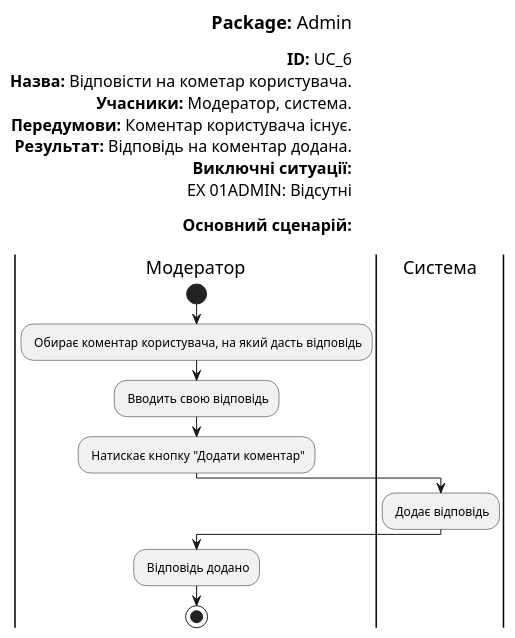
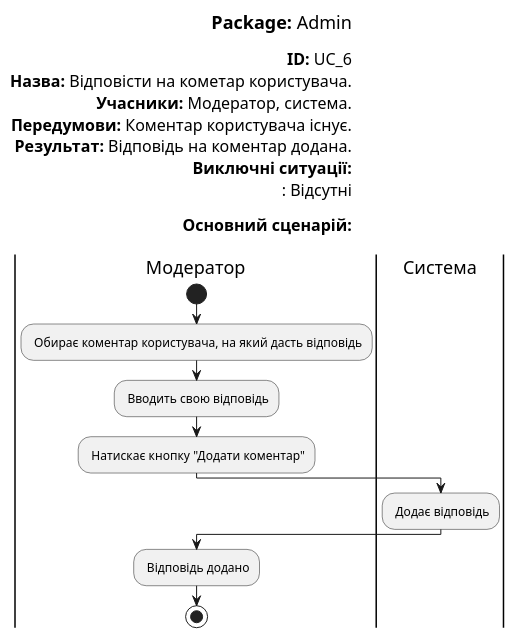
Before and after one commit to KarmazinN/db_open_data: the diagram in src/uml/UC_6.puml, drawn with PlantUML.

```diff
--- a/src/uml/UC_6.puml
+++ b/src/uml/UC_6.puml
@@ -1,44 +1,44 @@
 @startuml
 skinparam ArchimateBackgroundColor #ffffff
 skinparam	shadowing false
 skinparam Note {
 	BackgroundColor #f85658
 	FontColor #ffffff
 }
 
 left header
 <font color=000 size=18><b>Package:</b> Admin
 
 <font color=000 size=16><b>ID:</b> UC_6
 <font color=000 size=16><b>Назва:</b> Відповісти на кометар користувача.
 <font color=000 size=16><b>Учасники:</b> Модератор, система.
 <font color=000 size=16><b>Передумови:</b> Коментар користувача існує.
 <font color=000 size=16><b>Результат:</b> Відповідь на коментар додана.
 <font color=000 size=16><b>Виключні ситуації:</b>
-<font color=000 size=16> EX 01ADMIN: Відсутні
+<font color=000 size=16> : Відсутні
 
 <font color=000 size=16><b>Основний сценарій:</b>
 
 end header
 
 |Модератор|
 start
 : Обирає коментар користувача, на який дасть відповідь;
 
 : Вводить свою відповідь;
 
 : Натискає кнопку "Додати коментар";
 
 |Система|
 
 : Додає відповідь;
 
 
 |Модератор|
 
 : Відповідь додано;
 
 stop;
 
 
 @enduml
```
